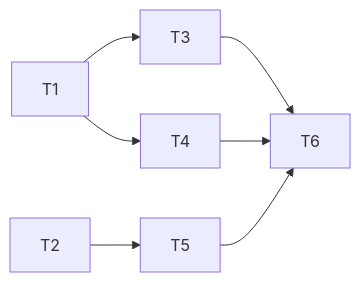
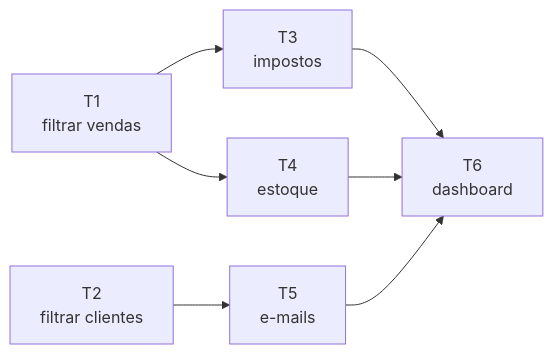
The sixth of 10 diagrams in estudo/12_joins_spark_revisao_prova.md (HerikDR/estudo-comp-escalavel), drawn with Mermaid before and after one commit. The commit also changed other lines of this file and 9 other files, not shown here.

````diff
--- a/estudo/12_joins_spark_revisao_prova.md
+++ b/estudo/12_joins_spark_revisao_prova.md
@@ -70,9 +289,9 @@
 ```mermaid
 flowchart LR
-    T1 --> T3
-    T1 --> T4
-    T2 --> T5
-    T3 --> T6
+    T1["T1<br/>filtrar vendas"] --> T3["T3<br/>impostos"]
+    T1 --> T4["T4<br/>estoque"]
+    T2["T2<br/>filtrar clientes"] --> T5["T5<br/>e-mails"]
+    T3 --> T6["T6<br/>dashboard"]
     T4 --> T6
     T5 --> T6
 ```
````
